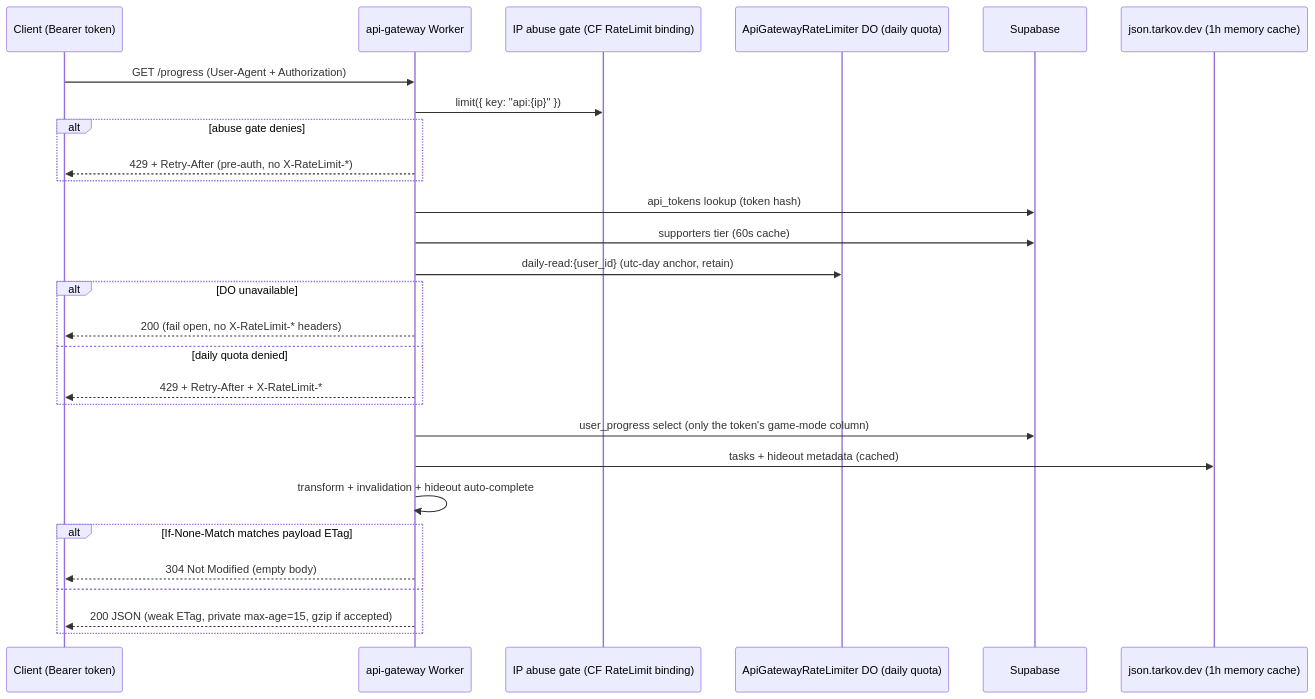
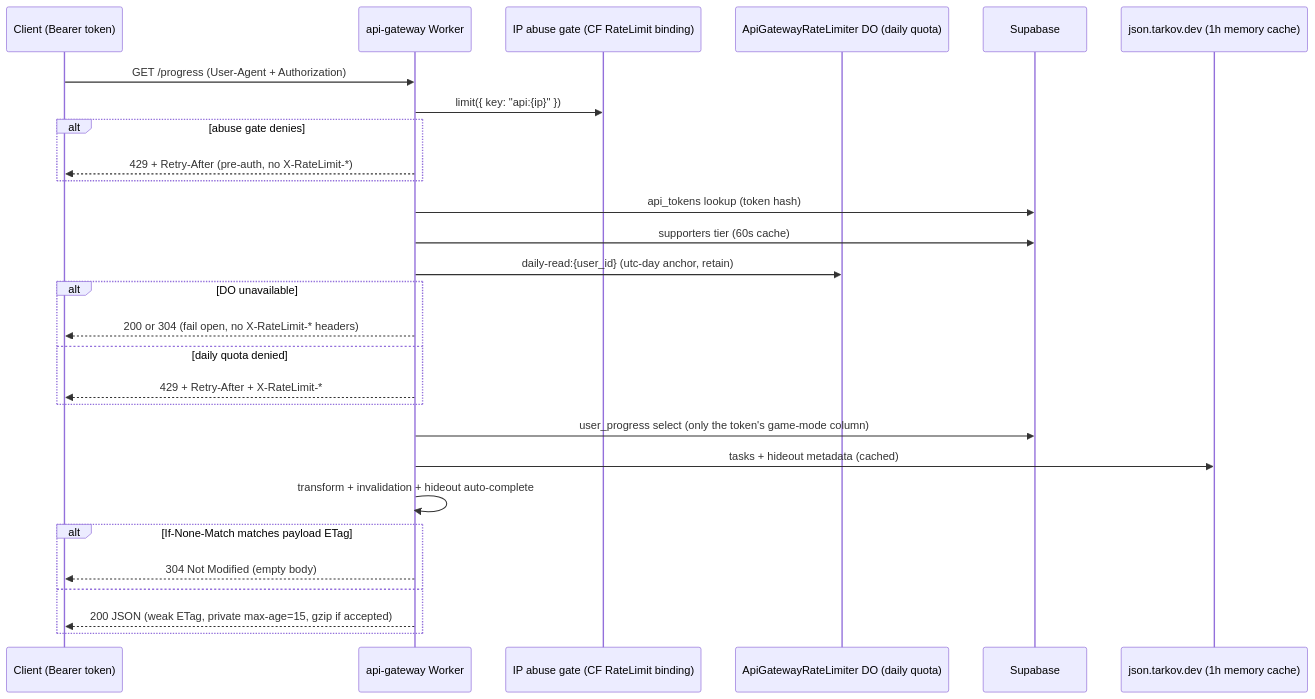
The sixth of 6 diagrams in docs/SYSTEMS.md (tarkovtracker-org/TarkovTracker), drawn with Mermaid before and after one commit. The commit also changed 2 other files, not shown here.

Commit message:
fix(api): prevent double gzip via encodeBody manual + clarify fail-open docs
CodeRabbit critical: Cloudflare Workers Response defaults to
encodeBody: 'automatic', which would re-compress the already-gzipped
stream in production (tests pass because Miniflare does not simulate
this runtime behavior). Set encodeBody: 'manual' on the gzipped
Response so the runtime passes the pre-compressed body through.

CodeRabbit minor: clarify in docs/API.md that X-RateLimit-* headers on
200/304 responses are present only when a daily-quota decision is
available — on the fail-open path they are omitted but ETag/304 still
applies. Update the SYSTEMS.md diagram fail-open branch to show
200 or 304.

````diff
--- a/docs/SYSTEMS.md
+++ b/docs/SYSTEMS.md
@@ -412,31 +412,31 @@
 ```mermaid
 sequenceDiagram
   participant C as Client (Bearer token)
   participant W as api-gateway Worker
   participant AG as IP abuse gate (CF RateLimit binding)
   participant DO as ApiGatewayRateLimiter DO (daily quota)
   participant SB as Supabase
   participant TD as json.tarkov.dev (1h memory cache)
 
   C->>W: GET /progress (User-Agent + Authorization)
   W->>AG: limit({ key: "api:{ip}" })
   alt abuse gate denies
     W-->>C: 429 + Retry-After (pre-auth, no X-RateLimit-*)
   end
   W->>SB: api_tokens lookup (token hash)
   W->>SB: supporters tier (60s cache)
   W->>DO: daily-read:{user_id} (utc-day anchor, retain)
   alt DO unavailable
-    W-->>C: 200 (fail open, no X-RateLimit-* headers)
+    W-->>C: 200 or 304 (fail open, no X-RateLimit-* headers)
   else daily quota denied
     W-->>C: 429 + Retry-After + X-RateLimit-*
   end
   W->>SB: user_progress select (only the token's game-mode column)
   W->>TD: tasks + hideout metadata (cached)
   W->>W: transform + invalidation + hideout auto-complete
   alt If-None-Match matches payload ETag
     W-->>C: 304 Not Modified (empty body)
   else
     W-->>C: 200 JSON (weak ETag, private max-age=15, gzip if accepted)
   end
 ```
````
